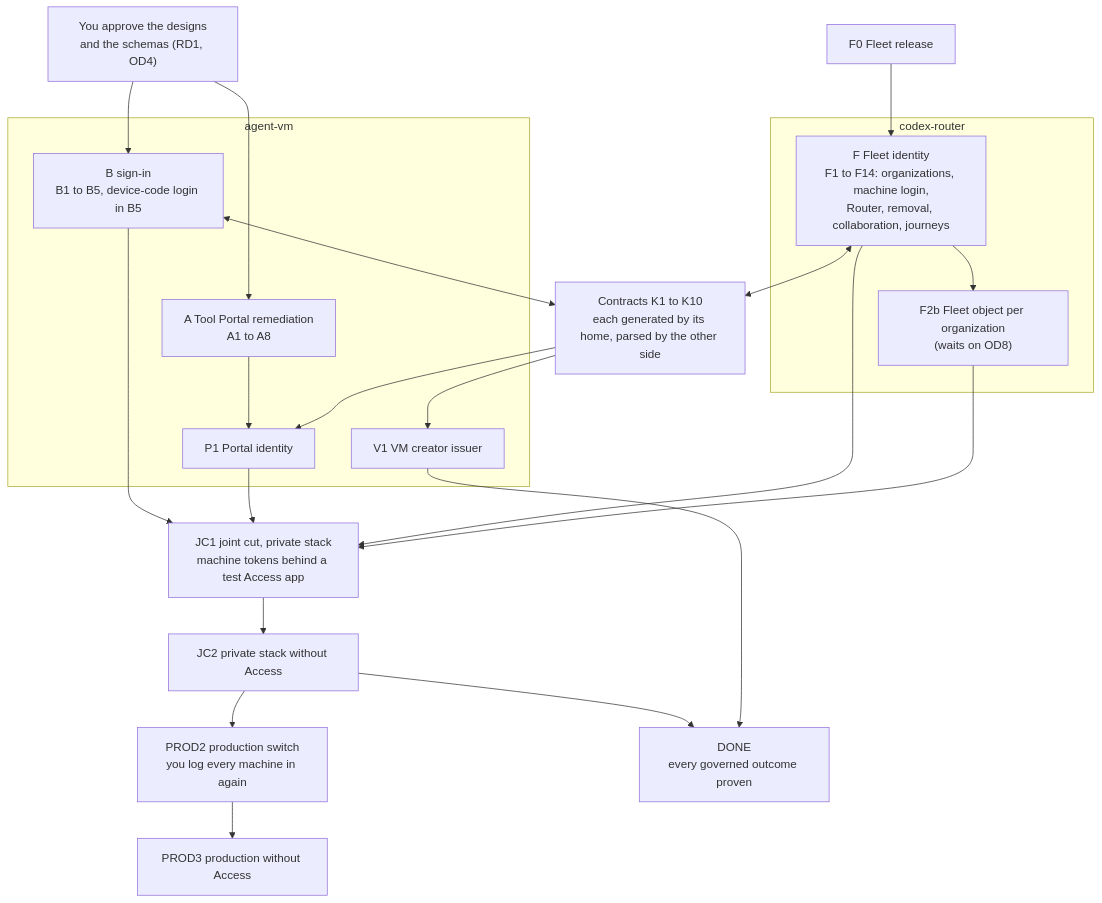
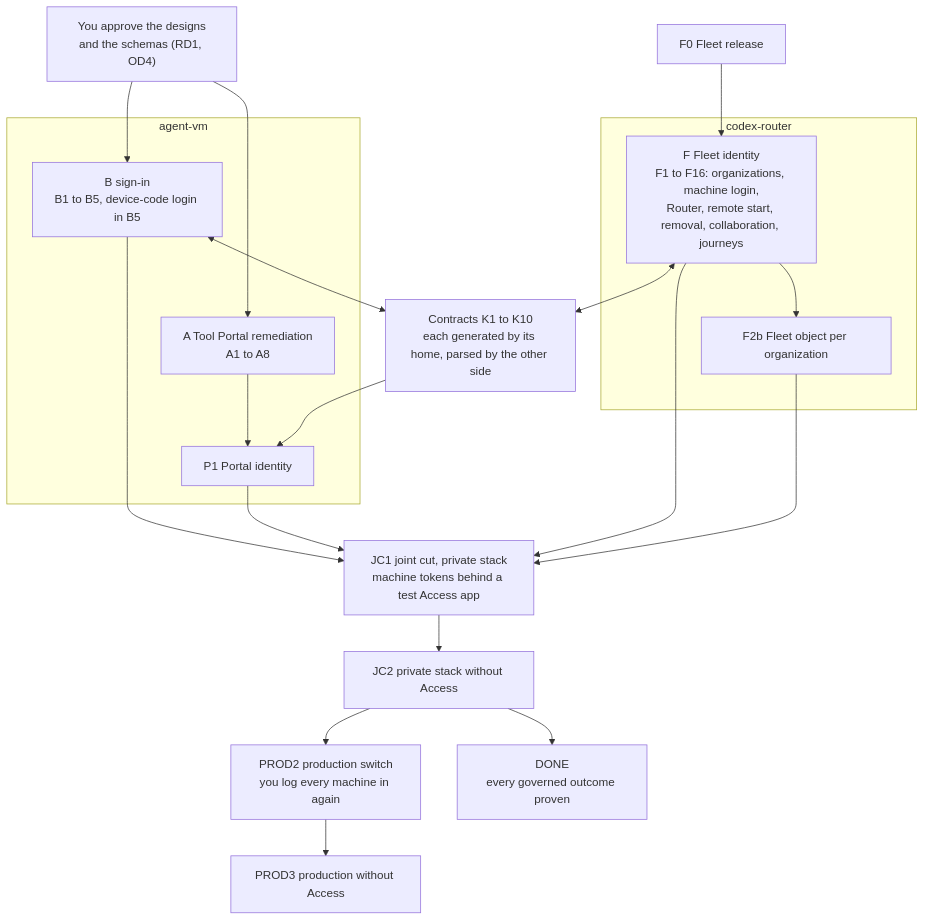
Before and after one commit to ShravanSunder/agent-vm: the diagram in docs/specs/2026-10-24-delivery-orchestration/program-design.md, drawn with Mermaid. The commit also changed other lines of this file and 17 other files, not shown here.

````diff
--- a/docs/specs/2026-10-24-delivery-orchestration/program-design.md
+++ b/docs/specs/2026-10-24-delivery-orchestration/program-design.md
@@ -7,39 +7,36 @@
 ```mermaid
 flowchart TB
   APPROVE["You approve the designs<br/>and the schemas (RD1, OD4)"]
   F0["F0 Fleet release"]
   subgraph AV["agent-vm"]
     A["A Tool Portal remediation<br/>A1 to A8"]
     B["B sign-in<br/>B1 to B5, device-code login in B5"]
     P1["P1 Portal identity"]
-    V1["V1 VM creator issuer"]
   end
   subgraph CR["codex-router"]
-    F["F Fleet identity<br/>F1 to F14: organizations, machine login,<br/>Router, removal, collaboration, journeys"]
-    F2b["F2b Fleet object per organization<br/>(waits on OD8)"]
+    F["F Fleet identity<br/>F1 to F16: organizations, machine login,<br/>Router, remote start, removal, collaboration, journeys"]
+    F2b["F2b Fleet object per organization"]
   end
   K["Contracts K1 to K10<br/>each generated by its home, parsed by the other side"]
   JC1["JC1 joint cut, private stack<br/>machine tokens behind a test Access app"]
   JC2["JC2 private stack without Access"]
   PROD2["PROD2 production switch<br/>you log every machine in again"]
   PROD3["PROD3 production without Access"]
   DONE["DONE<br/>every governed outcome proven"]
   APPROVE --> A
   APPROVE --> B
   F0 --> F
   A --> P1
   F --> F2b
   F <--> K
   B <--> K
   K --> P1
-  K --> V1
   B --> JC1
   P1 --> JC1
   F --> JC1
   F2b --> JC1
   JC1 --> JC2
   JC2 --> PROD2
   PROD2 --> PROD3
   JC2 --> DONE
-  V1 --> DONE
 ```
````
